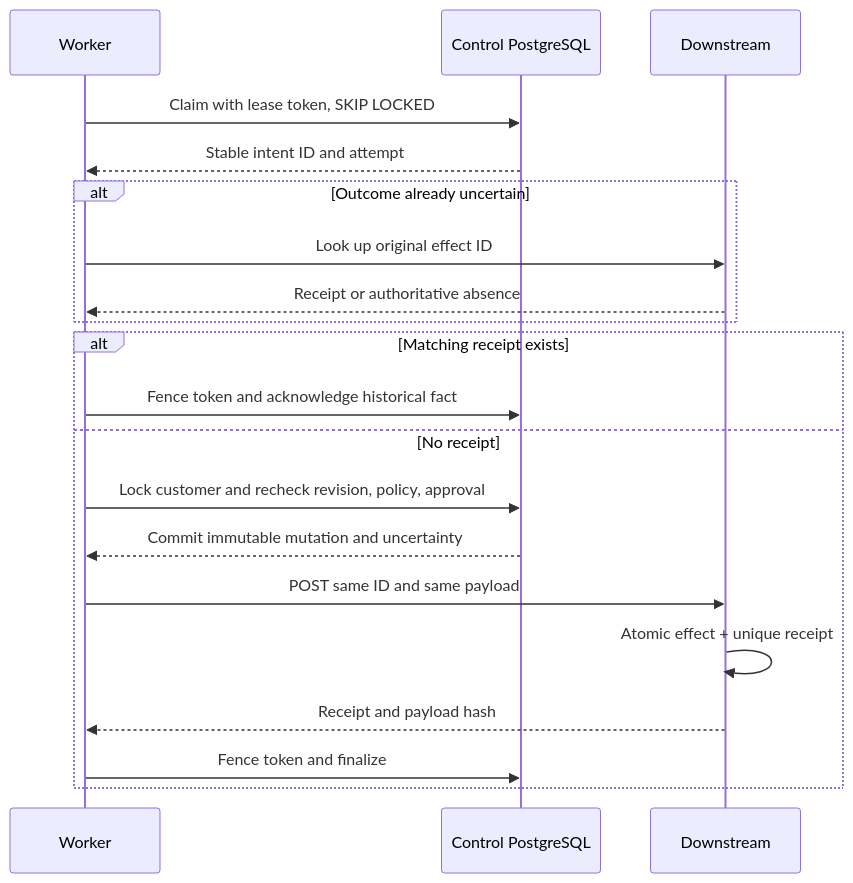
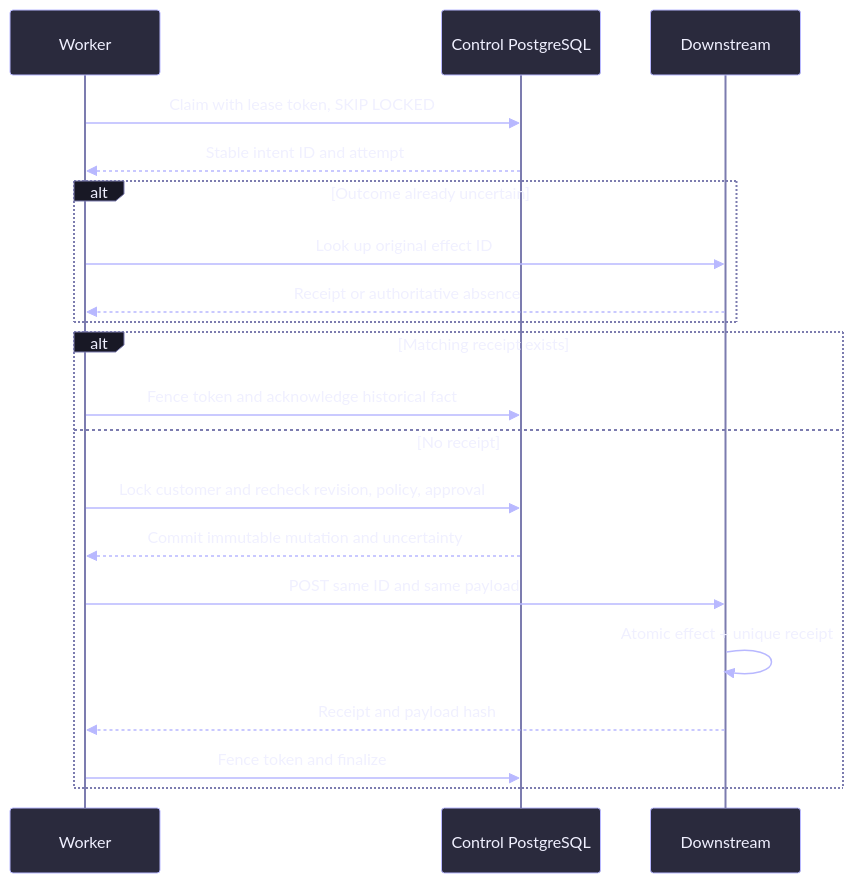
One commit to rlbsem/enterprise-martech-ai-control-plane changed the diagram in docs/diagrams/04-execution.mmd. Above: the diagram before and after it, drawn with Mermaid. The commit also changed 17 other files, not shown here.

First line of the commit message:
Brand architecture diagrams with Groundbreakers visual system (#3)

```diff
--- a/docs/diagrams/04-execution.mmd
+++ b/docs/diagrams/04-execution.mmd
@@ -1,20 +1,21 @@
+%%{init: {"theme":"base","themeVariables":{"background":"#10101D","primaryColor":"#2A2A3D","primaryTextColor":"#F0F0FF","primaryBorderColor":"#7C7CAF","lineColor":"#B8B8FF","textColor":"#F0F0FF","secondaryColor":"#181825","tertiaryColor":"#2E2E45","fontFamily":"IBM Plex Sans, Arial, sans-serif","fontSize":"15px","actorBkg":"#2A2A3D","actorBorder":"#B8B8FF","actorTextColor":"#F0F0FF","actorLineColor":"#7C7CAF","signalColor":"#B8B8FF","signalTextColor":"#F0F0FF","noteBkgColor":"#2E2E45","noteTextColor":"#F0F0FF","labelBoxBkgColor":"#181825","labelTextColor":"#F0F0FF","labelBoxBorderColor":"#7C7CAF","loopTextColor":"#F0F0FF","altTextColor":"#F0F0FF"}}}%%
 sequenceDiagram
   participant W as Worker
   participant C as Control PostgreSQL
   participant R as Downstream
   W->>C: Claim with lease token, SKIP LOCKED
   C-->>W: Stable intent ID and attempt
   alt Outcome already uncertain
     W->>R: Look up original effect ID
     R-->>W: Receipt or authoritative absence
   end
   alt Matching receipt exists
     W->>C: Fence token and acknowledge historical fact
   else No receipt
     W->>C: Lock customer and recheck revision, policy, approval
     C-->>W: Commit immutable mutation and uncertainty
     W->>R: POST same ID and same payload
     R->>R: Atomic effect + unique receipt
     R-->>W: Receipt and payload hash
     W->>C: Fence token and finalize
   end
```
